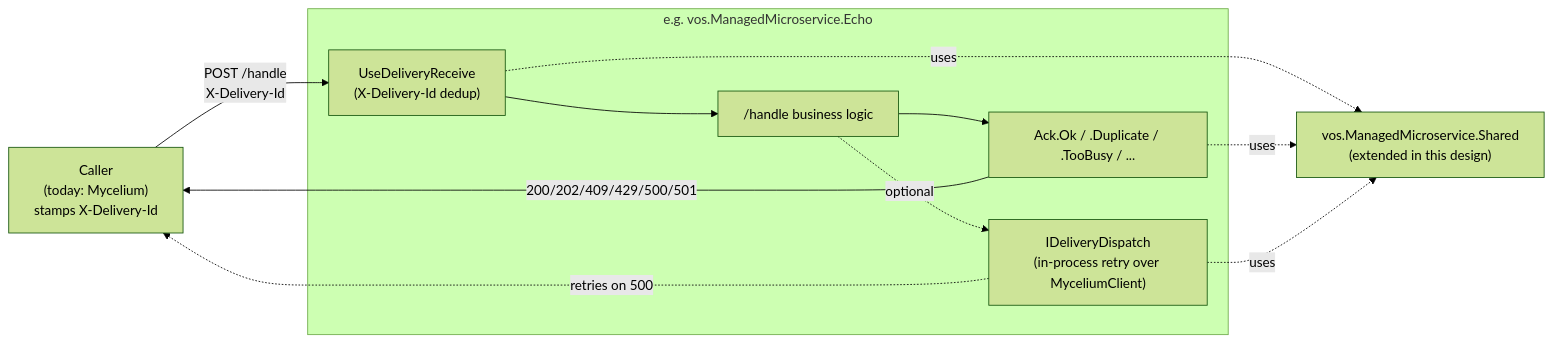
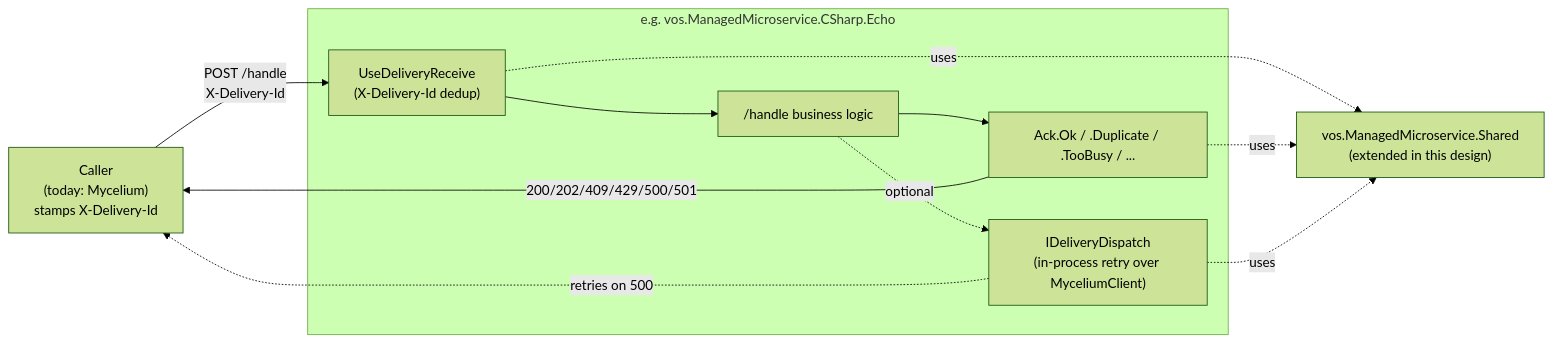
Before and after one commit to ReGen-Villages/VillageOS-API: the diagram in docs/MICROSERVICE_HOST_ROADMAP.md, drawn with Mermaid (forest theme). The commit also changed other lines of this file and 68 other files, not shown here.

````diff
--- a/docs/MICROSERVICE_HOST_ROADMAP.md
+++ b/docs/MICROSERVICE_HOST_ROADMAP.md
@@ -271,20 +271,20 @@
 ```mermaid
 flowchart LR
   caller["Caller<br/>(today: Mycelium)<br/>stamps X-Delivery-Id"]
-  subgraph svc["e.g. vos.ManagedMicroservice.Echo"]
+  subgraph svc["e.g. vos.ManagedMicroservice.CSharp.Echo"]
     mw["UseDeliveryReceive<br/>(X-Delivery-Id dedup)"]
     h["/handle business logic"]
     ack["Ack.Ok / .Duplicate / .TooBusy / ..."]
     out["IDeliveryDispatch<br/>(in-process retry over MyceliumClient)"]
   end
   shared["vos.ManagedMicroservice.Shared<br/>(extended in this design)"]
   caller -- POST /handle<br/>X-Delivery-Id --> mw
   mw --> h
   h --> ack
   ack -- 200/202/409/429/500/501 --> caller
   h -.optional.-> out
   out -.retries on 500.-> caller
   mw -.uses.-> shared
   ack -.uses.-> shared
   out -.uses.-> shared
 ```
````
